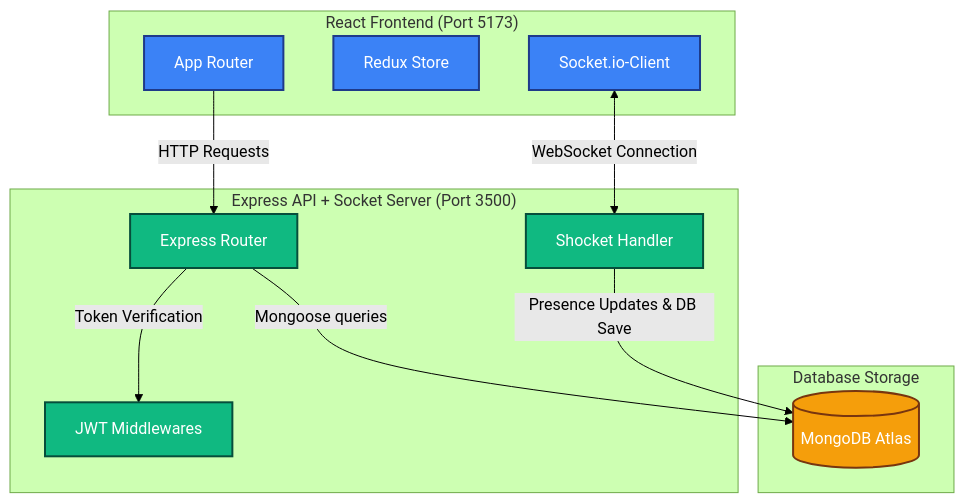
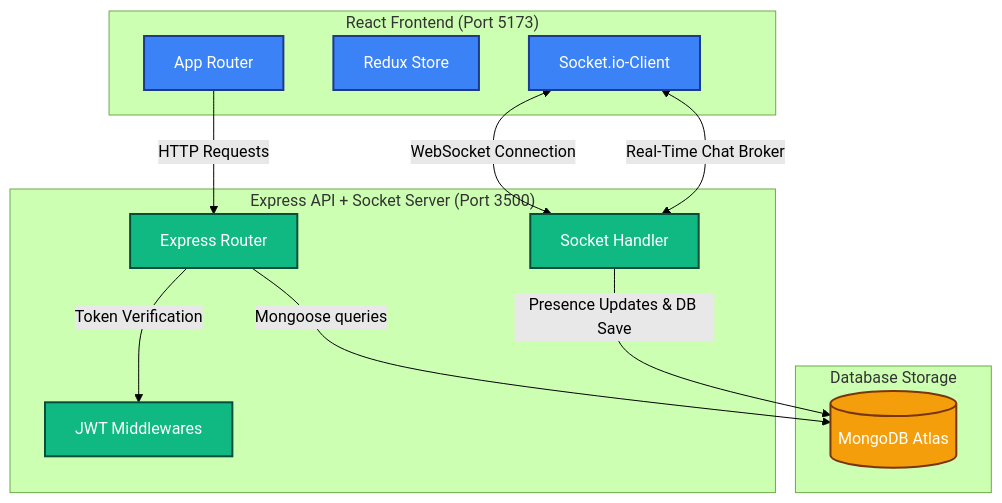
One commit to itscoderprince/Bakaiti changed the first of 2 diagrams in README.md. Above: the diagram before and after it, drawn with Mermaid (forest theme). The commit also changed other lines of this file, not shown here.

````diff
--- a/README.md
+++ b/README.md
@@ -17,28 +17,29 @@
 ```mermaid
 graph TD
     classDef client fill:#3b82f6,stroke:#1e3a8a,stroke-width:2px,color:#fff;
     classDef server fill:#10b981,stroke:#064e3b,stroke-width:2px,color:#fff;
     classDef db fill:#f59e0b,stroke:#78350f,stroke-width:2px,color:#fff;
 
     subgraph Client ["React Frontend (Port 5173)"]
         A[App Router]:::client
         B[Redux Store]:::client
         C[Socket.io-Client]:::client
     end
 
     subgraph Backend ["Express API + Socket Server (Port 3500)"]
         D[Express Router]:::server
-        E[Shocket Handler]:::server
+        E[Socket Handler]:::server
         F[JWT Middlewares]:::server
     end
 
     subgraph Database ["Database Storage"]
         G[("MongoDB Atlas")]:::db
     end
 
     A -->|HTTP Requests| D
     C <-->|WebSocket Connection| E
     D -->|Token Verification| F
     D -->|Mongoose queries| G
     E -->|Presence Updates & DB Save| G
+    E <-->|Real-Time Chat Broker| C
 ```
````
